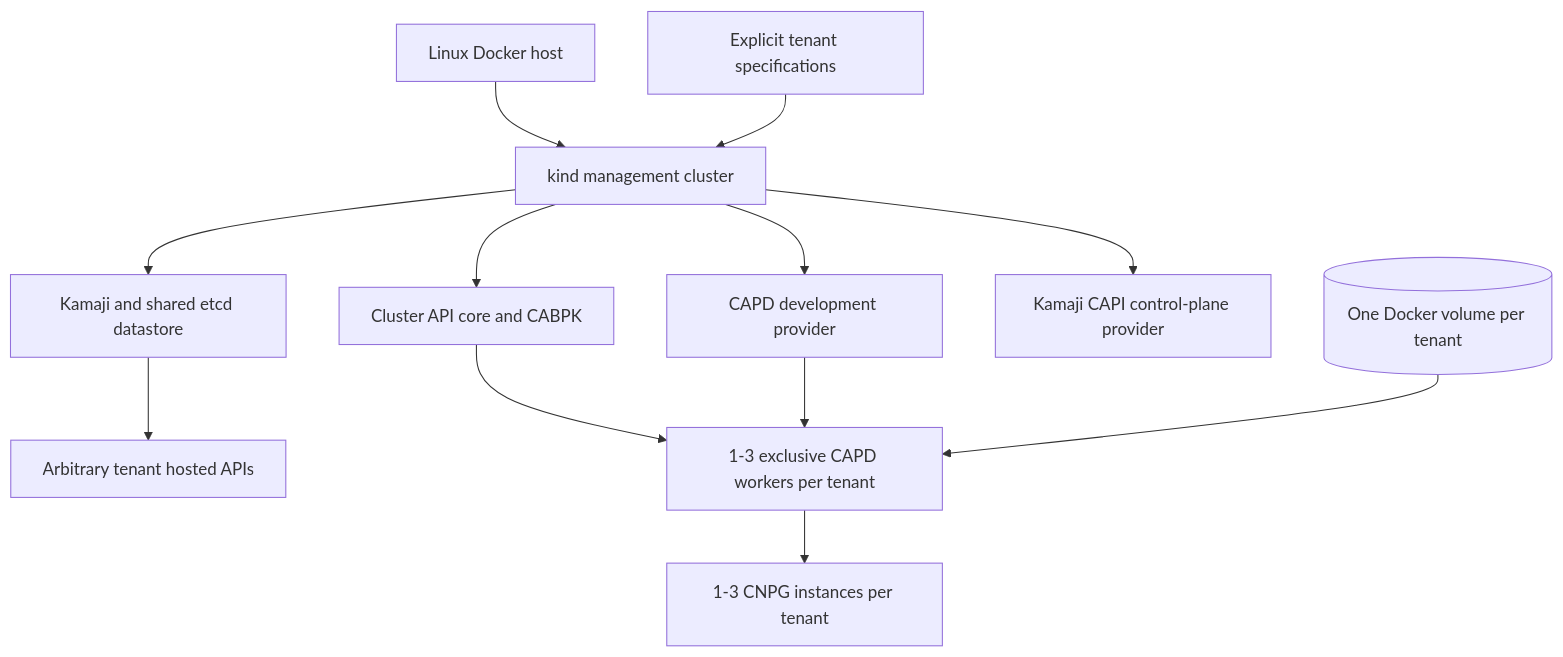
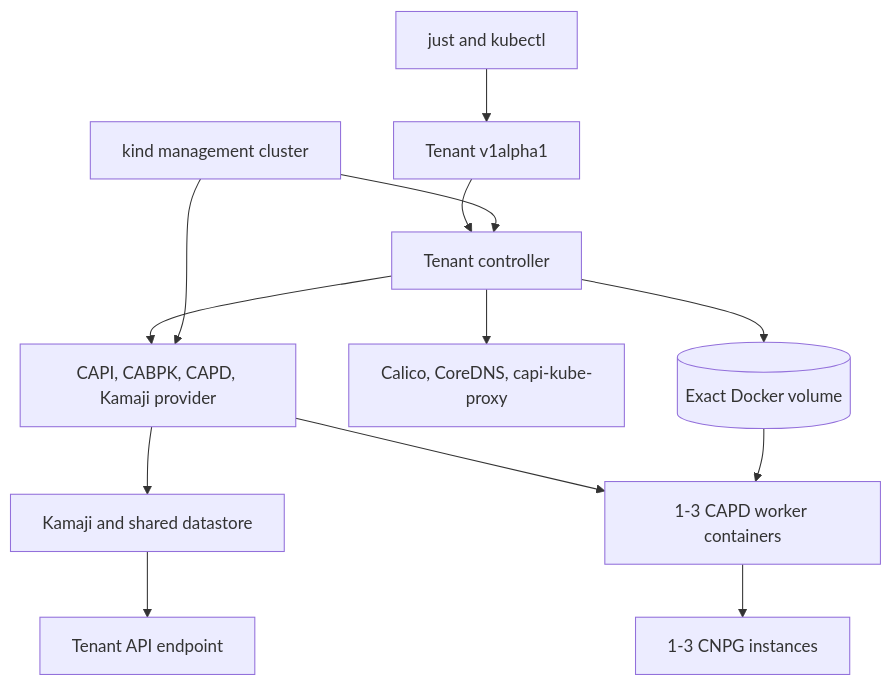
The diagram in capi/docs/high-level-design.md (youyuanwu/cnpg-vcluster), drawn with Mermaid before and after one commit. The commit also changed other lines of this file and 146 other files, not shown here.

First line of the commit message:
[Local Tenant Controller] Add declarative CAPD tenant lifecycle (#14)

````diff
--- a/capi/docs/high-level-design.md
+++ b/capi/docs/high-level-design.md
@@ -23,25 +19,25 @@
 ```mermaid
 flowchart TB
-  Host[Linux Docker host]
+  User[just and kubectl]
   Mgmt[kind management cluster]
-  CAPI[Cluster API core and CABPK]
-  CAPD[CAPD development provider]
-  Kamaji[Kamaji and shared etcd datastore]
-  KCP[Kamaji CAPI control-plane provider]
-  Specs[Explicit tenant specifications]
-  APIs[Arbitrary tenant hosted APIs]
-  Workers[1-3 exclusive CAPD workers per tenant]
-  Volumes[(One Docker volume per tenant)]
-  CNPG[1-3 CNPG instances per tenant]
+  TenantCR[Tenant v1alpha1]
+  Controller[Tenant controller]
+  Providers[CAPI, CABPK, CAPD, Kamaji provider]
+  Kamaji[Kamaji and shared datastore]
+  API[Tenant API endpoint]
+  Workers[1-3 CAPD worker containers]
+  Network[Calico, CoreDNS, capi-kube-proxy]
+  Volume[(Exact Docker volume)]
+  CNPG[1-3 CNPG instances]
 
-  Host --> Mgmt
-  Specs --> Mgmt
-  Mgmt --> CAPI
-  Mgmt --> CAPD
-  Mgmt --> Kamaji
-  Mgmt --> KCP
-  Kamaji --> APIs
-  CAPI --> Workers
-  CAPD --> Workers
-  Volumes --> Workers --> CNPG
+  User --> TenantCR
+  TenantCR --> Controller
+  Controller --> Providers
+  Providers --> Kamaji --> API
+  Providers --> Workers
+  Controller --> Network
+  Controller --> Volume
+  Volume --> Workers --> CNPG
+  Mgmt --> Controller
+  Mgmt --> Providers
 ```
````
